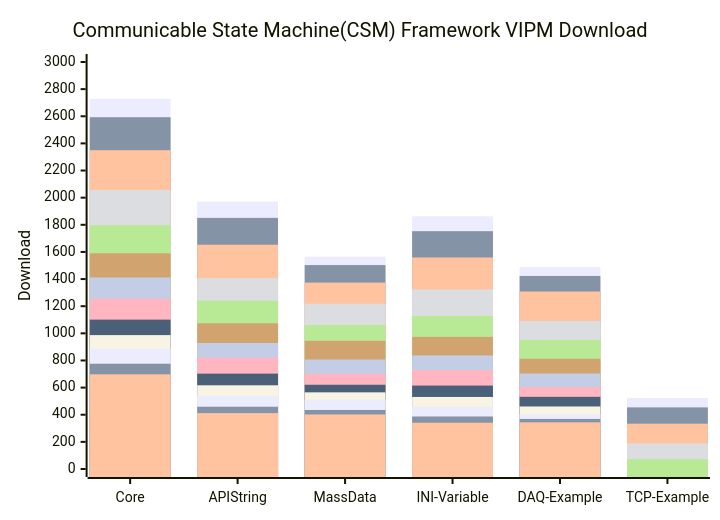
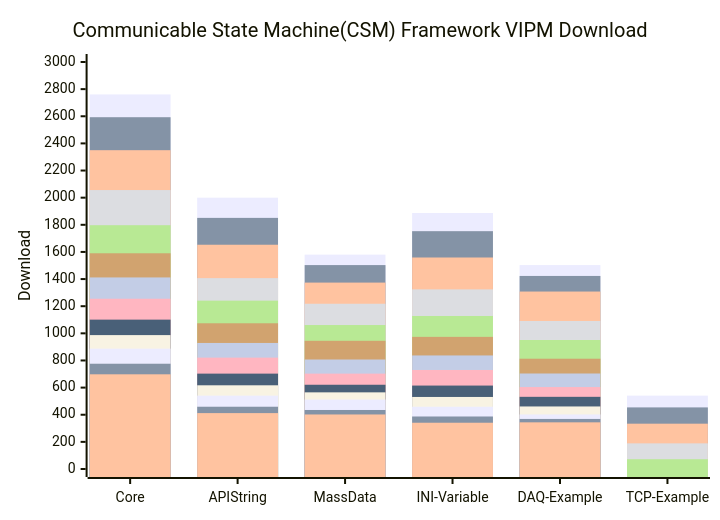
Before and after one commit to NEVSTOP-LAB/.github: the diagram in profile/README.md, drawn with Mermaid.

````diff
--- a/profile/README.md
+++ b/profile/README.md
@@ -31,19 +31,19 @@
 ```mermaid
     xychart-beta
     title "Communicable State Machine(CSM) Framework VIPM Download"
     x-axis [Core, API String, MassData, INI-Variable, DAQ-Example, TCP-Example]
     y-axis "Download" 0 --> 3000
-    bar   [2728, 1972, 1565, 1863, 1489, 524]
+    bar   [2761, 2000, 1580, 1887, 1503, 541]
     bar   [2593, 1851, 1503, 1753, 1423, 454]
     bar   [2350, 1653, 1374, 1559, 1308, 334]
     bar   [2056, 1407, 1218, 1324, 1091, 189]
     bar   [1797, 1241, 1061, 1128, 951, 72]
     bar   [1590, 1074, 945, 974, 813]
     bar   [1412, 929, 807, 837, 704]
     bar   [1255, 821, 703, 730, 604]
     bar   [1101, 703, 621, 615, 532]
     bar   [987, 617, 565, 531, 461]
     bar   [887, 541, 512, 459, 402]
     bar   [776, 459, 435, 387, 369]
     bar   [698, 412, 402, 341, 344]
 ```
````
